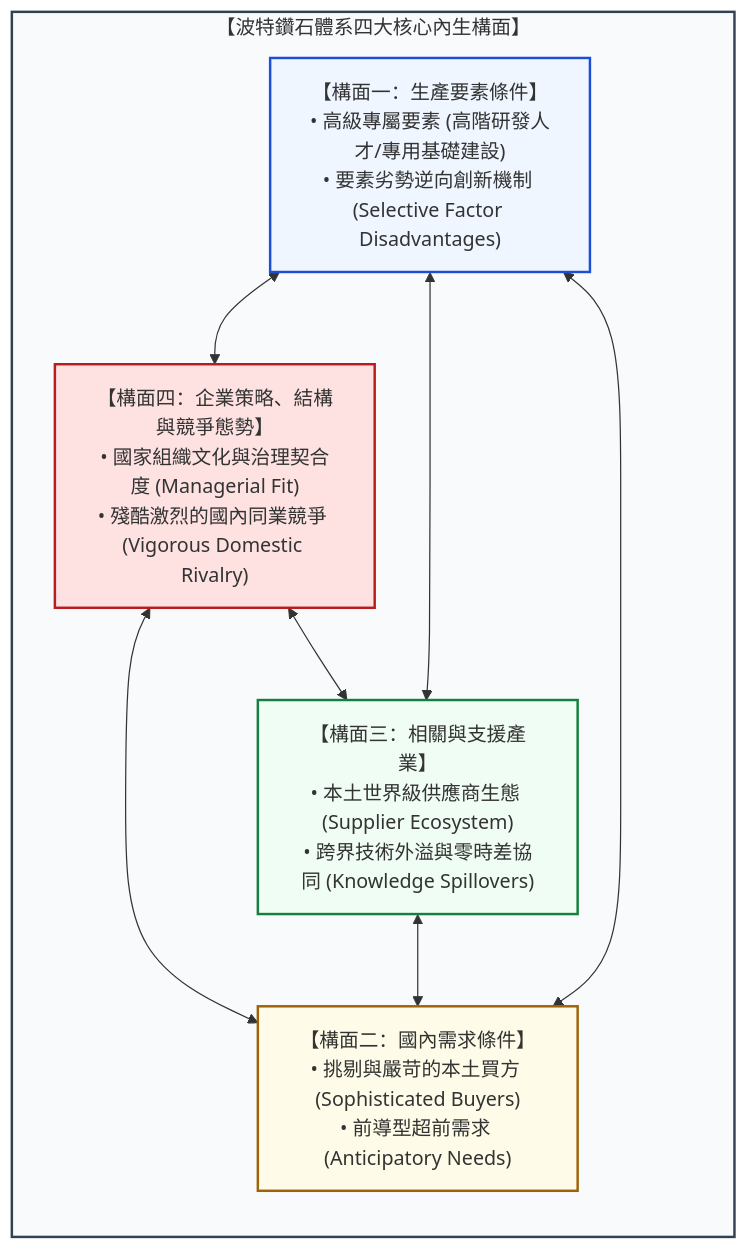
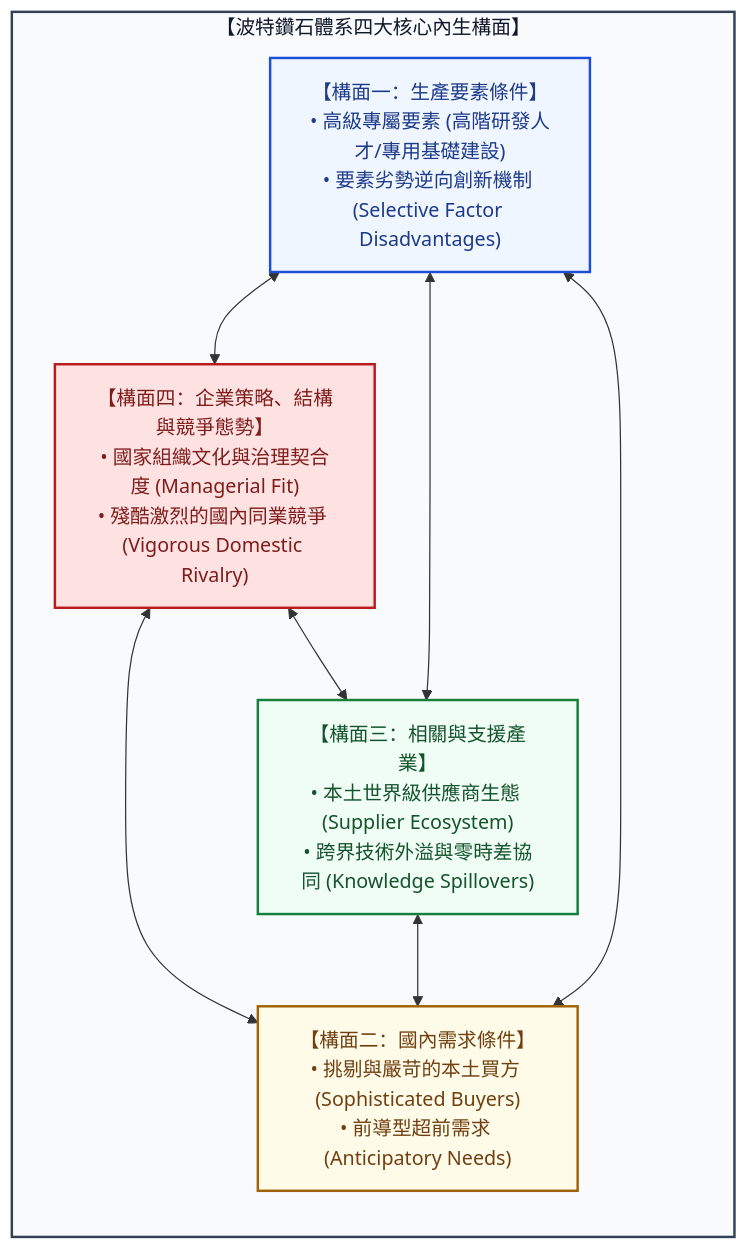
One commit to Jimlin0428/my-digital-garden changed the first of 2 diagrams in src/site/notes/98_商業概念庫/Porter's Diamond Model_波特鑽石模型.md. Above: the diagram before and after it, drawn with Mermaid. The commit also changed other lines of this file and 99 other files, not shown here.

````diff
--- a/src/site/notes/98_商業概念庫/Porter's Diamond Model_波特鑽石模型.md
+++ b/src/site/notes/98_商業概念庫/Porter's Diamond Model_波特鑽石模型.md
@@ -74,23 +74,23 @@
 ```mermaid
 flowchart TD
     subgraph Diamond ["【波特鑽石體系四大核心內生構面】"]
         direction TB
         F1["【構面一：生產要素條件】<br/>• 高級專屬要素 (高階研發人才/專用基礎建設)<br/>• 要素劣勢逆向創新機制 (Selective Factor Disadvantages)"]
         F2["【構面二：國內需求條件】<br/>• 挑剔與嚴苛的本土買方 (Sophisticated Buyers)<br/>• 前導型超前需求 (Anticipatory Needs)"]
         F3["【構面三：相關與支援產業】<br/>• 本土世界級供應商生態 (Supplier Ecosystem)<br/>• 跨界技術外溢與零時差協同 (Knowledge Spillovers)"]
         F4["【構面四：企業策略、結構與競爭態勢】<br/>• 國家組織文化與治理契合度 (Managerial Fit)<br/>• 殘酷激烈的國內同業競爭 (Vigorous Domestic Rivalry)"]
     end
 
     F1 <--> F4
     F4 <--> F2
     F1 <--> F3
     F3 <--> F2
     F1 <--> F2
     F4 <--> F3
 
-    style Diamond fill:#f8fafc,stroke:#334155,stroke-width:2px
-    style F1 fill:#eff6ff,stroke:#1d4ed8,stroke-width:2px
-    style F2 fill:#fefce8,stroke:#a16207,stroke-width:2px
-    style F3 fill:#f0fdf4,stroke:#15803d,stroke-width:2px
-    style F4 fill:#fee2e2,stroke:#b91c1c,stroke-width:2px
+    style Diamond fill:#f8fafc,stroke:#334155,stroke-width:2px,color:#0f172a
+    style F1 fill:#eff6ff,stroke:#1d4ed8,stroke-width:2px,color:#1e3a8a
+    style F2 fill:#fefce8,stroke:#a16207,stroke-width:2px,color:#713f12
+    style F3 fill:#f0fdf4,stroke:#15803d,stroke-width:2px,color:#14532d
+    style F4 fill:#fee2e2,stroke:#b91c1c,stroke-width:2px,color:#7f1d1d
 ```
````
